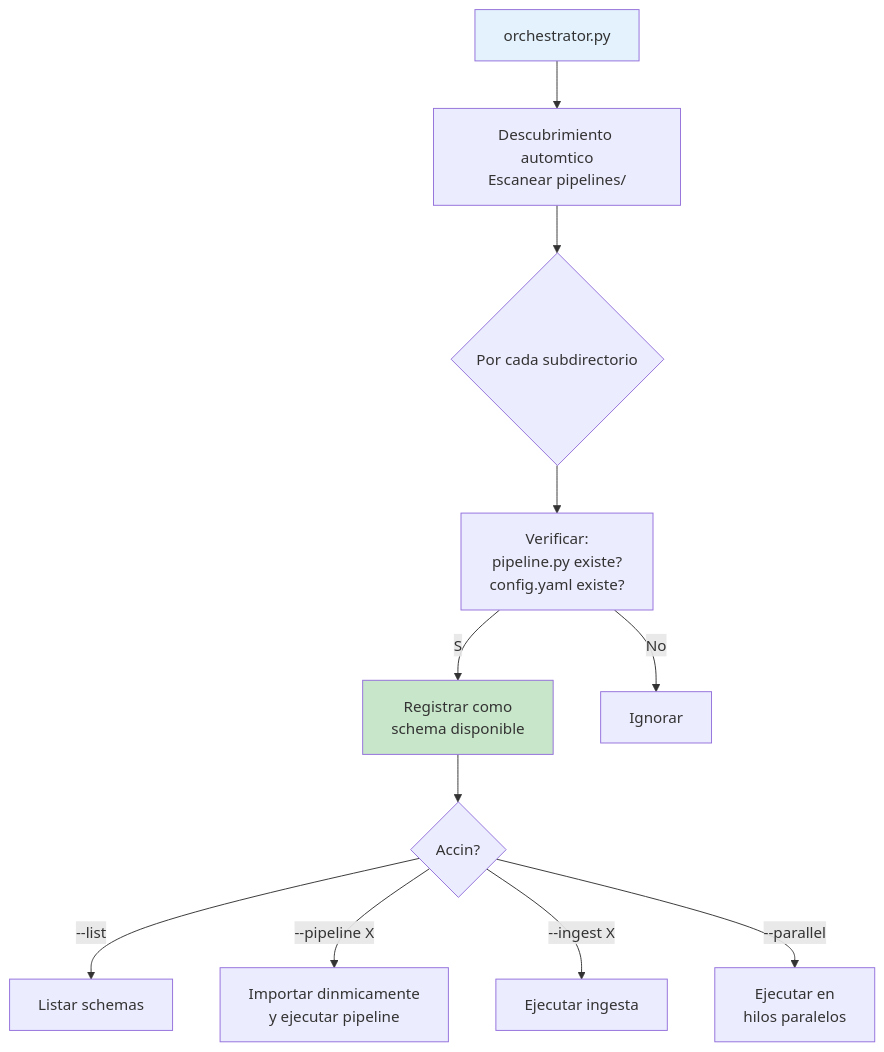
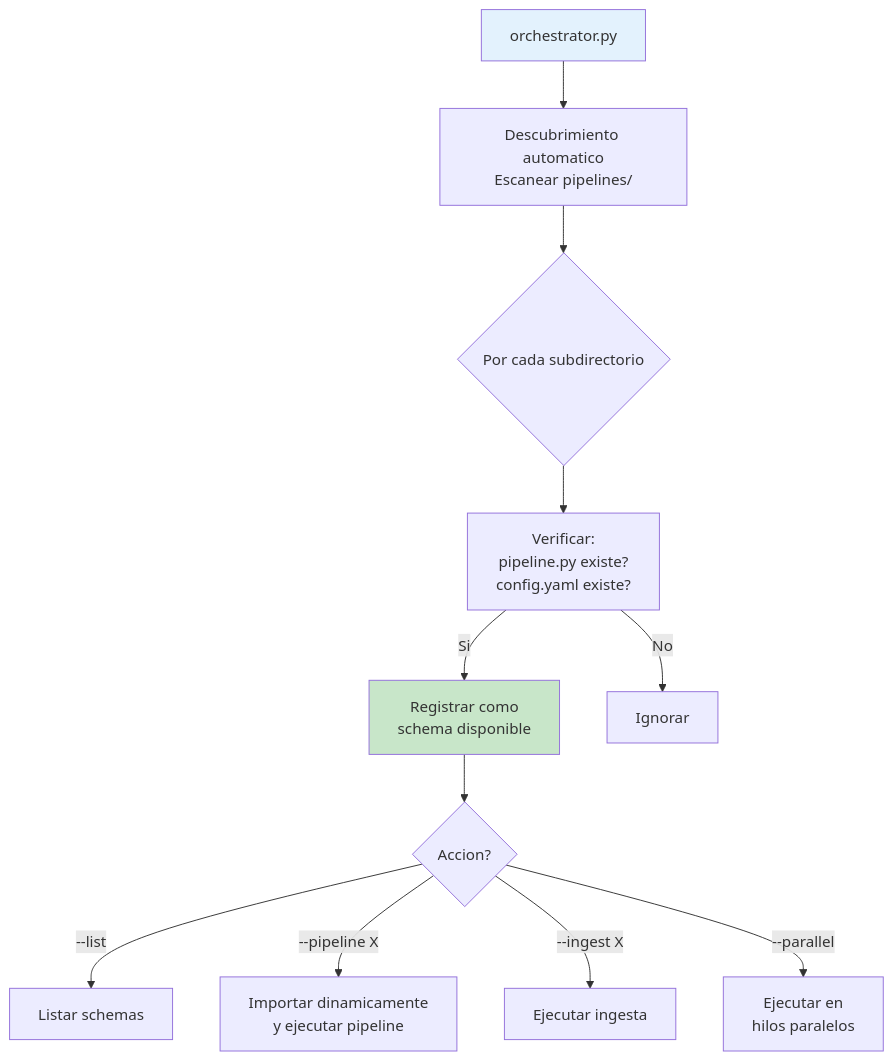
One commit to arthur8davis/tfm-dataflow-architecture changed the sixth of 12 diagrams in ARCHITECTURE.md. Above: the diagram before and after it, drawn with Mermaid. The commit also changed other lines of this file and 9 other files, not shown here.

````diff
--- a/ARCHITECTURE.md
+++ b/ARCHITECTURE.md
@@ -224,18 +280,18 @@
 ```mermaid
 flowchart TD
-    Orch["orchestrator.py"] --> Discover["Descubrimiento automtico\nEscanear pipelines/"]
+    Orch["orchestrator.py"] --> Discover["Descubrimiento automatico\nEscanear pipelines/"]
     Discover --> Check{"Por cada subdirectorio"}
 
     Check --> Verify["Verificar:\npipeline.py existe?\nconfig.yaml existe?"]
-    Verify --> |"S"| Register["Registrar como\nschema disponible"]
+    Verify --> |"Si"| Register["Registrar como\nschema disponible"]
     Verify --> |"No"| Skip["Ignorar"]
 
-    Register --> Execute{"Accin?"}
+    Register --> Execute{"Accion?"}
     Execute --> |"--list"| List["Listar schemas"]
-    Execute --> |"--pipeline X"| RunPipe["Importar dinmicamente\ny ejecutar pipeline"]
+    Execute --> |"--pipeline X"| RunPipe["Importar dinamicamente\ny ejecutar pipeline"]
     Execute --> |"--ingest X"| RunIng["Ejecutar ingesta"]
     Execute --> |"--parallel"| RunPar["Ejecutar en\nhilos paralelos"]
 
     style Orch fill:#e3f2fd
     style Register fill:#c8e6c9
 ```
````
